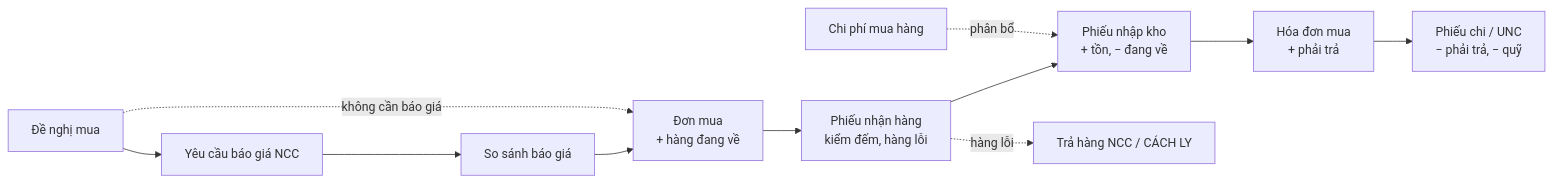
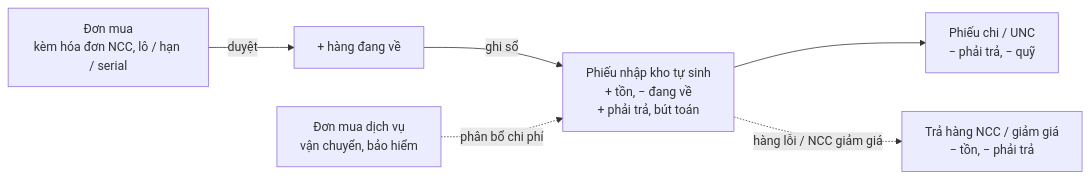
The third of 13 diagrams in inventory-management-ai-skeleton/docs/05-workflow.md (haict/pqb_ai), drawn with Mermaid before and after one commit. The commit also changed other lines of this file and 223 other files, not shown here.

````diff
--- a/inventory-management-ai-skeleton/docs/05-workflow.md
+++ b/inventory-management-ai-skeleton/docs/05-workflow.md
@@ -48,13 +48,8 @@
 ```mermaid
 flowchart LR
-    PR[Đề nghị mua] --> RFQ[Yêu cầu báo giá NCC]
-    RFQ --> CMP[So sánh báo giá]
-    CMP --> PO[Đơn mua<br/>+ hàng đang về]
-    PR -.không cần báo giá.-> PO
-    PO --> GR[Phiếu nhận hàng<br/>kiểm đếm, hàng lỗi]
-    GR --> IR[Phiếu nhập kho<br/>+ tồn, − đang về]
-    GR -.hàng lỗi.-> RET[Trả hàng NCC / CÁCH LY]
-    IR --> PI[Hóa đơn mua<br/>+ phải trả]
-    PI --> PAY[Phiếu chi / UNC<br/>− phải trả, − quỹ]
-    LC[Chi phí mua hàng] -.phân bổ.-> IR
+    PO[Đơn mua<br/>kèm hóa đơn NCC, lô / hạn / serial] -->|duyệt| AP[+ hàng đang về]
+    AP -->|ghi sổ| POST[Phiếu nhập kho tự sinh<br/>+ tồn, − đang về<br/>+ phải trả, bút toán]
+    POST --> PAY[Phiếu chi / UNC<br/>− phải trả, − quỹ]
+    POST -.hàng lỗi / NCC giảm giá.-> RET[Trả hàng NCC / giảm giá<br/>− tồn, − phải trả]
+    SVC[Đơn mua dịch vụ<br/>vận chuyển, bảo hiểm] -.phân bổ chi phí.-> POST
 ```
````
